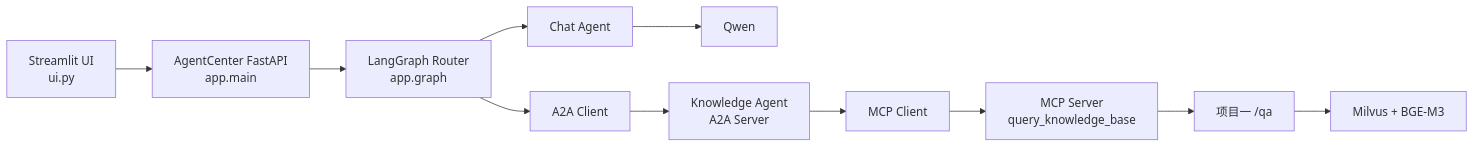
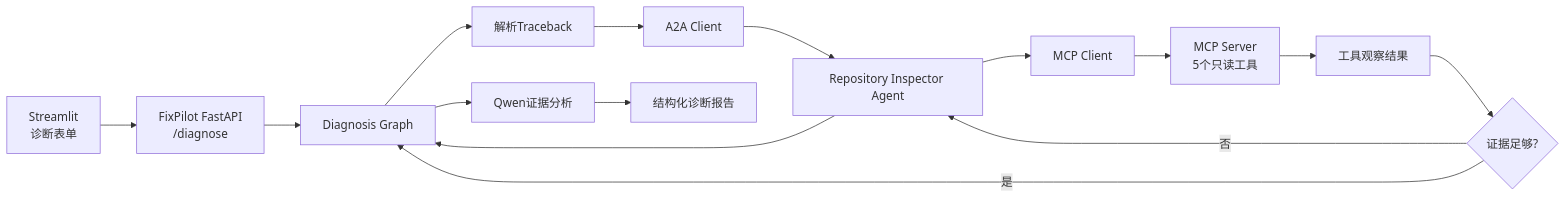
One commit to Huanchen-dev/FixPilot changed the diagram in README.md. Above: the diagram before and after it, drawn with Mermaid. The commit also changed other lines of this file, not shown here.

````diff
--- a/README.md
+++ b/README.md
@@ -20,13 +28,17 @@
 ```mermaid
 flowchart LR
-    UI["Streamlit UI<br/>ui.py"] --> API["AgentCenter FastAPI<br/>app.main"]
-    API --> Graph["LangGraph Router<br/>app.graph"]
-    Graph --> Chat["Chat Agent"]
-    Chat --> Qwen["Qwen"]
-    Graph --> A2AC["A2A Client"]
-    A2AC --> KA["Knowledge Agent<br/>A2A Server"]
-    KA --> MC["MCP Client"]
-    MC --> MS["MCP Server<br/>query_knowledge_base"]
-    MS --> RAG["项目一 /qa"]
-    RAG --> KB["Milvus + BGE-M3"]
+    UI["Streamlit<br/>诊断表单"] --> API["FixPilot FastAPI<br/>/diagnose"]
+    API --> G["Diagnosis Graph"]
+    G --> P["解析Traceback"]
+    P --> AC["A2A Client"]
+    AC --> IA["Repository Inspector Agent"]
+    IA --> MC["MCP Client"]
+    MC --> MS["MCP Server<br/>5个只读工具"]
+    MS --> O["工具观察结果"]
+    O --> D{"证据足够?"}
+    D -- "否" --> IA
+    D -- "是" --> G
+    IA --> G
+    G --> LLM["Qwen证据分析"]
+    LLM --> R["结构化诊断报告"]
 ```
````
